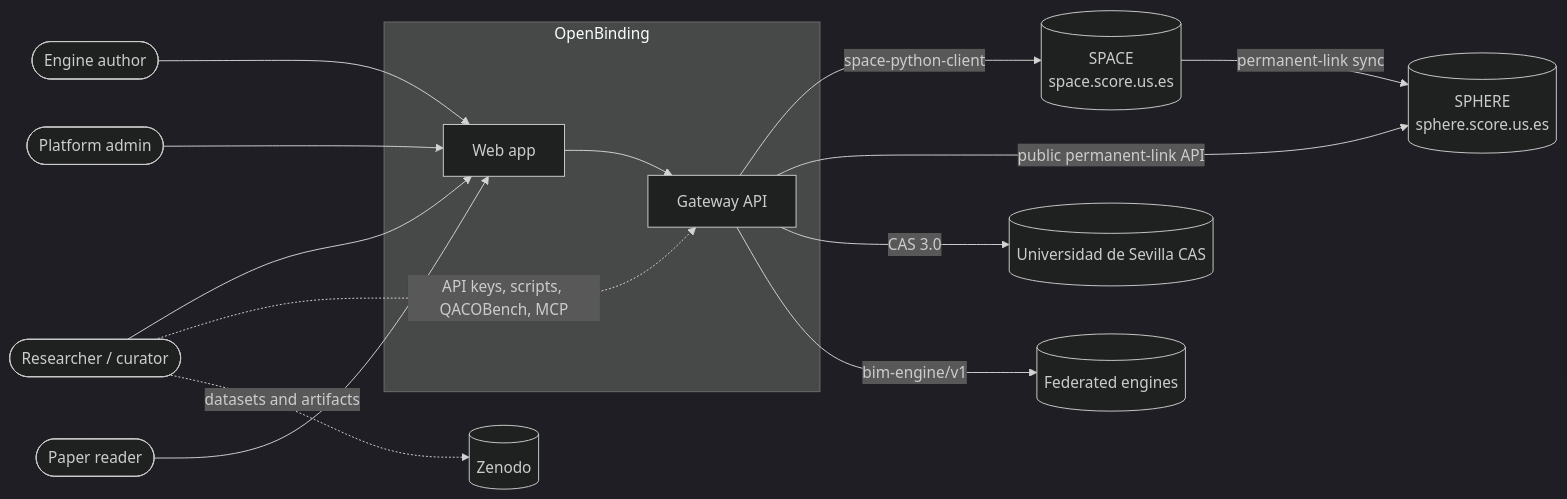
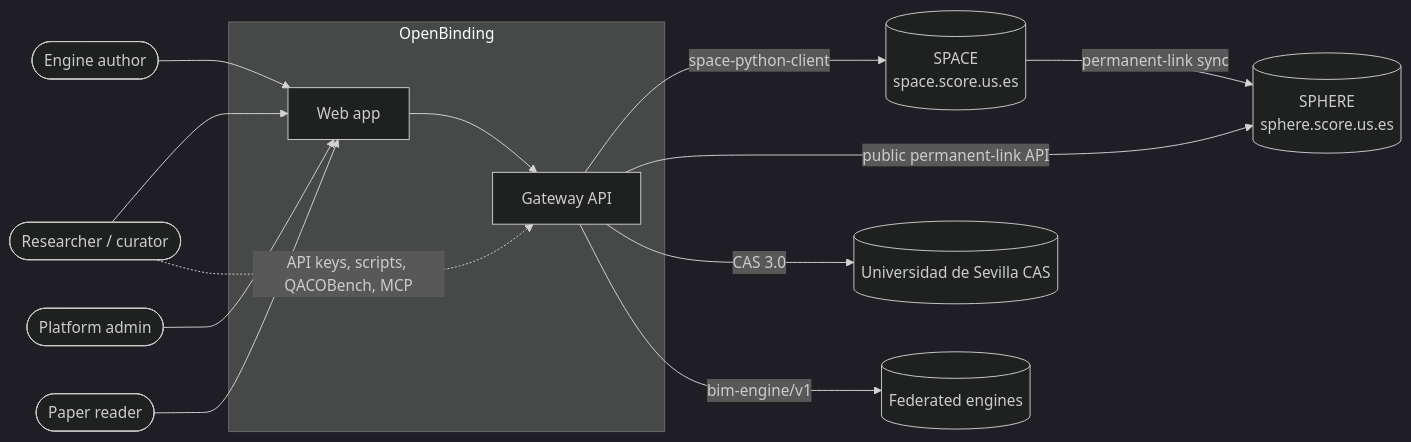
The first of 6 diagrams in docs/ARCHITECTURE.md (isa-group/OpenBinding), drawn with Mermaid (dark theme) before and after one commit. The commit also changed other lines of this file and 5 other files, not shown here.

First line of the commit message:
chore: drop the QACOBench datasets and the Zenodo packaging

````diff
--- a/docs/ARCHITECTURE.md
+++ b/docs/ARCHITECTURE.md
@@ -33,24 +33,22 @@
 ```mermaid
 flowchart LR
   R([Researcher / curator])
   E([Engine author])
   A([Platform admin])
   P([Paper reader])
   subgraph OB[OpenBinding]
     W[Web app]
     G[Gateway API]
   end
   SPH[(SPHERE<br/>sphere.score.us.es)]
   SPA[(SPACE<br/>space.score.us.es)]
   CAS[(Universidad de Sevilla CAS)]
   FED[(Federated engines)]
-  Z[(Zenodo)]
   R & E & A & P --> W --> G
   R -. API keys, scripts, QACOBench, MCP .-> G
   G -- space-python-client --> SPA
   SPA -- permanent-link sync --> SPH
   G -- public permanent-link API --> SPH
   G -- CAS 3.0 --> CAS
   G -- bim-engine/v1 --> FED
-  R -. datasets and artifacts .-> Z
 ```
````
